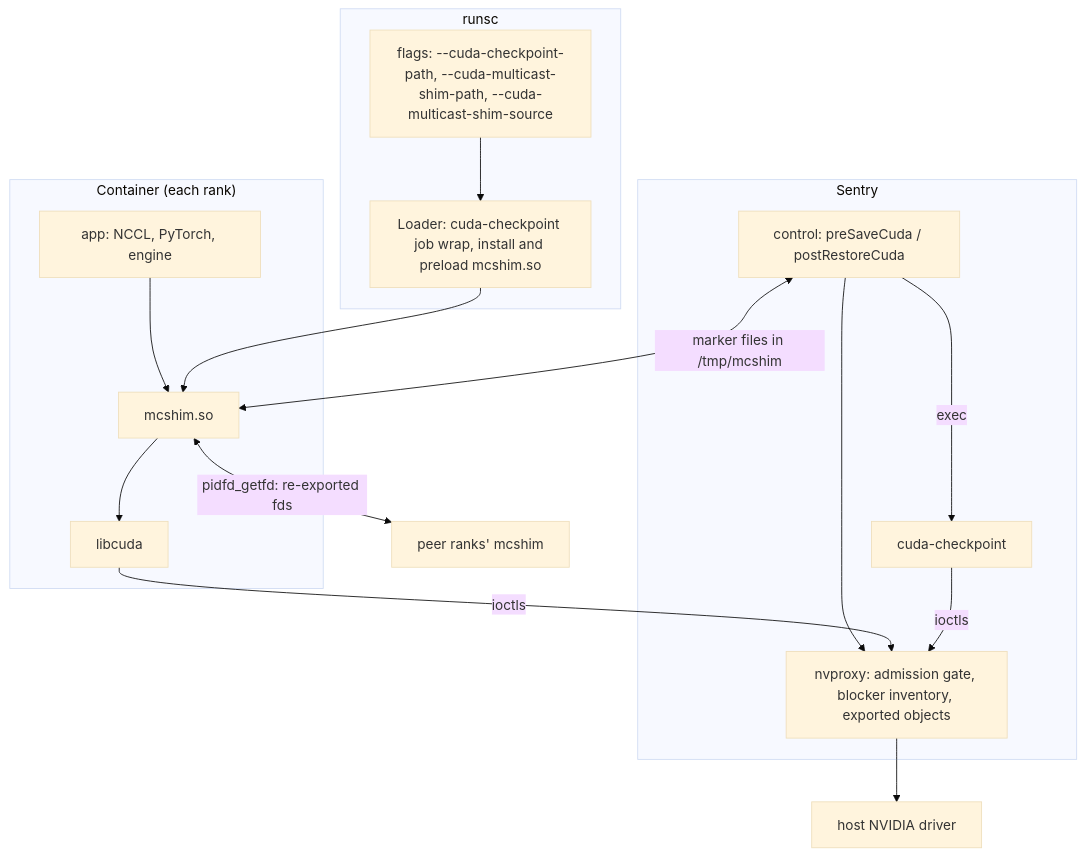
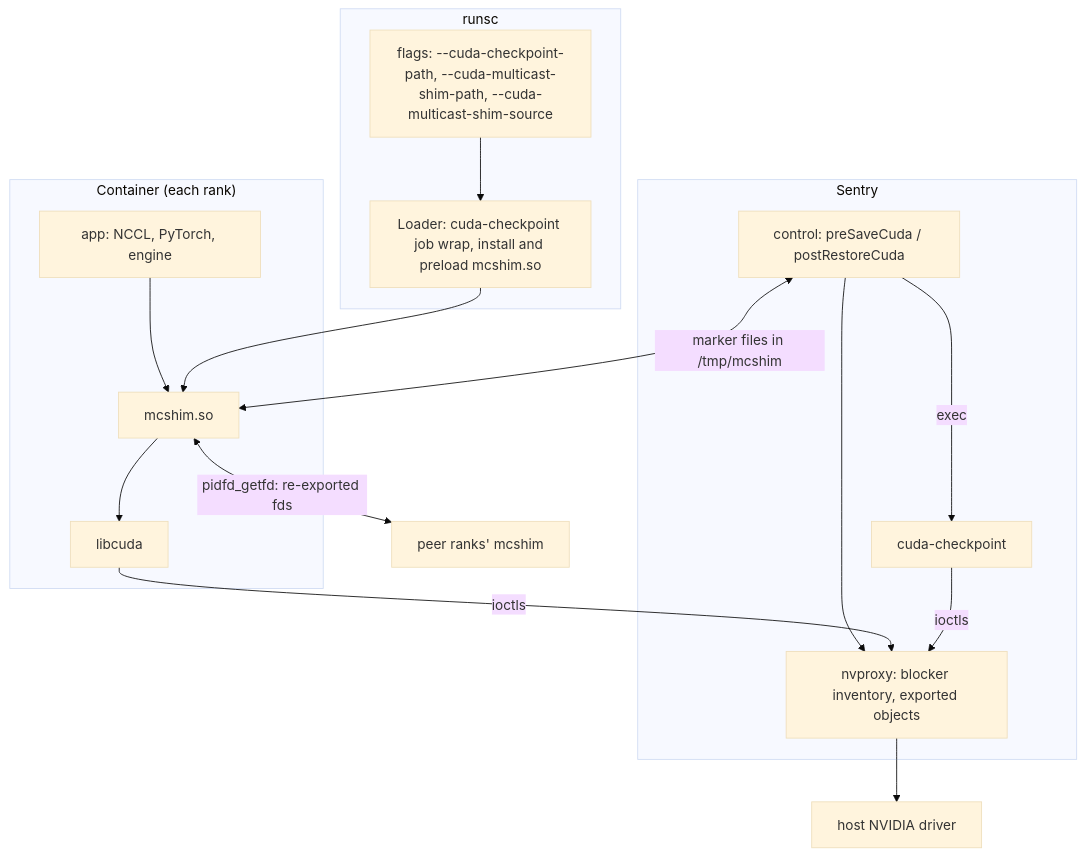
The first of 2 diagrams in g3doc/proposals/cuda_multigpu_checkpoint.md (luiscape/gvisor), drawn with Mermaid (base theme) before and after one commit. The commit also changed other lines of this file and 7 other files, not shown here.

First line of the commit message:
Move the CUDA admission gate to its own branch

````diff
--- a/g3doc/proposals/cuda_multigpu_checkpoint.md
+++ b/g3doc/proposals/cuda_multigpu_checkpoint.md
@@ -81,20 +81,20 @@
 ```mermaid
 flowchart TD
     subgraph runsc
         F["flags: --cuda-checkpoint-path, --cuda-multicast-shim-path, --cuda-multicast-shim-source"] --> L["Loader: cuda-checkpoint job wrap, install and preload mcshim.so"]
     end
     subgraph Sentry
         S["control: preSaveCuda / postRestoreCuda"] -->|exec| CC[cuda-checkpoint]
-        S --> N["nvproxy: admission gate, blocker inventory, exported objects"]
+        S --> N["nvproxy: blocker inventory, exported objects"]
     end
     subgraph "Container (each rank)"
         A["app: NCCL, PyTorch, engine"] --> M[mcshim.so]
         M --> LC[libcuda]
     end
     L --> M
     S <-->|"marker files in /tmp/mcshim"| M
     M <-->|"pidfd_getfd: re-exported fds"| P["peer ranks' mcshim"]
     LC -->|ioctls| N
     CC -->|ioctls| N
     N --> H[host NVIDIA driver]
 ```
````
